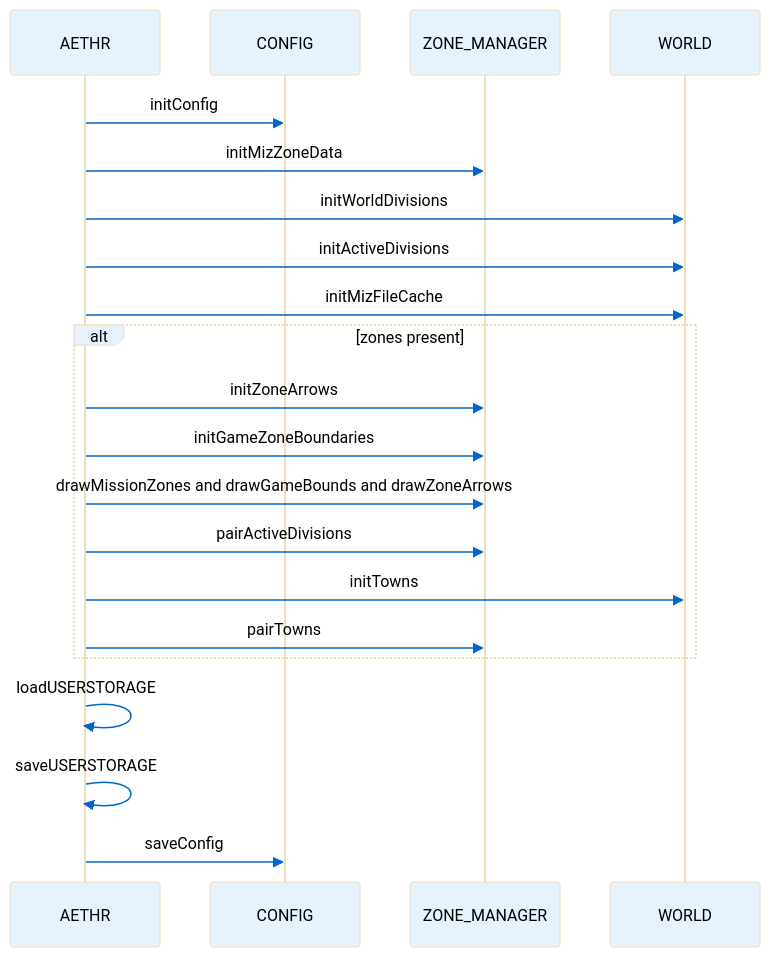
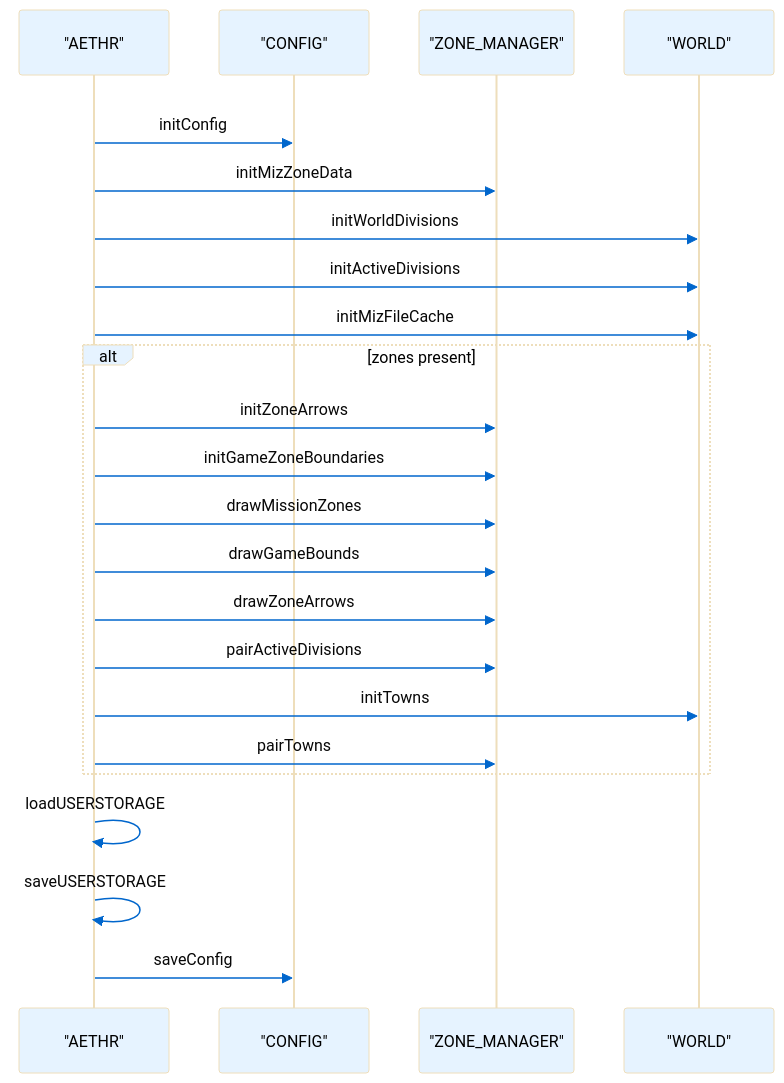
Before and after one commit to Gh0st352/AETHR: the third of 4 diagrams in docs/aethr/README.md, drawn with Mermaid. The commit also changed other lines of this file and 6 other files, not shown here.

First line of the commit message:
Refactor documentation with enhanced flowcharts and sequence diagrams

````diff
--- a/docs/aethr/README.md
+++ b/docs/aethr/README.md
@@ -77,24 +122,31 @@
 ```mermaid
-%%{init: {"theme":"base","themeVariables":{"actorBkg":"#e6f3ff","actorTextColor":"#000","lineColor":"#495057","signalColor":"#0066cc","signalTextColor":"#000","fontSize":"14px"}}}%%
+%%{init: {"theme":"base","themeVariables":{"actorBkg":"#e6f3ff","actorTextColor":"#000000ff","lineColor":"#495057","signalColor":"#0066cc","signalTextColor":"#070707ff","textColor":"#000000ff","fontSize":"14px"}}}%%
 sequenceDiagram
-  participant A as AETHR
-  participant C as CONFIG
-  participant Z as ZONE_MANAGER
-  participant W as WORLD
-  A->>C: initConfig
-  A->>Z: initMizZoneData
-  A->>W: initWorldDivisions
-  A->>W: initActiveDivisions
-  A->>W: initMizFileCache
-  alt zones present
-    A->>Z: initZoneArrows
-    A->>Z: initGameZoneBoundaries
-    A->>Z: drawMissionZones and drawGameBounds and drawZoneArrows
-    A->>Z: pairActiveDivisions
-    A->>W: initTowns
-    A->>Z: pairTowns
+  participant A as "AETHR"
+  participant C as "CONFIG"
+  participant Z as "ZONE_MANAGER"
+  participant W as "WORLD"
+
+  rect rgba(255,255,255,0.75)
+    A->>C: initConfig
+    A->>Z: initMizZoneData
+    A->>W: initWorldDivisions
+    A->>W: initActiveDivisions
+    A->>W: initMizFileCache
+
+    alt zones present
+      A->>Z: initZoneArrows
+      A->>Z: initGameZoneBoundaries
+      A->>Z: drawMissionZones
+      A->>Z: drawGameBounds
+      A->>Z: drawZoneArrows
+      A->>Z: pairActiveDivisions
+      A->>W: initTowns
+      A->>Z: pairTowns
+    end
+
+    A->>A: loadUSERSTORAGE
+    A->>A: saveUSERSTORAGE
+    A->>C: saveConfig
   end
-  A->>A: loadUSERSTORAGE
-  A->>A: saveUSERSTORAGE
-  A->>C: saveConfig
 ```
````
